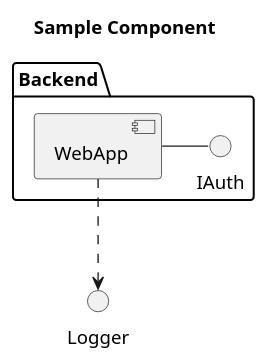
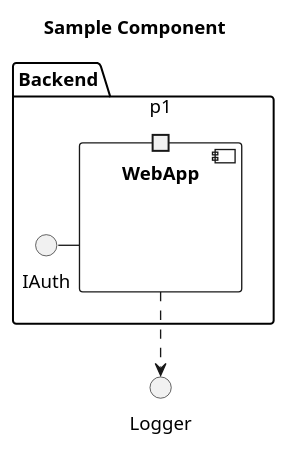
The second of 2 diagrams in README.md (KawanoMomo/PlantUMLAssist), drawn with PlantUML before and after one commit. The commit also changed other lines of this file and 11 other files, not shown here.

````diff
--- a/README.md
+++ b/README.md
@@ -146,11 +132,13 @@
 ```plantuml
 @startuml
 title Sample Component
 package "Backend" {
-  component WebApp
+  component WebApp {
+    port p1
+  }
   interface IAuth
 }
 WebApp -() IAuth
 WebApp ..> Logger
 @enduml
 ```
````
